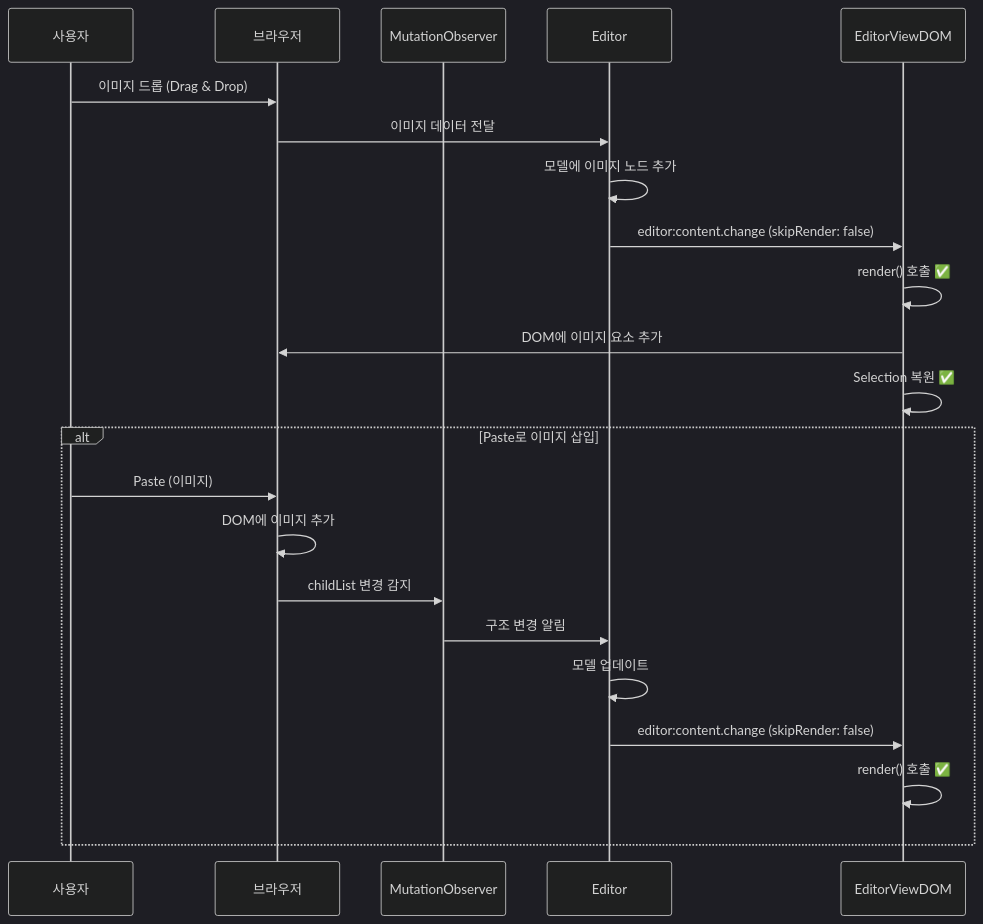
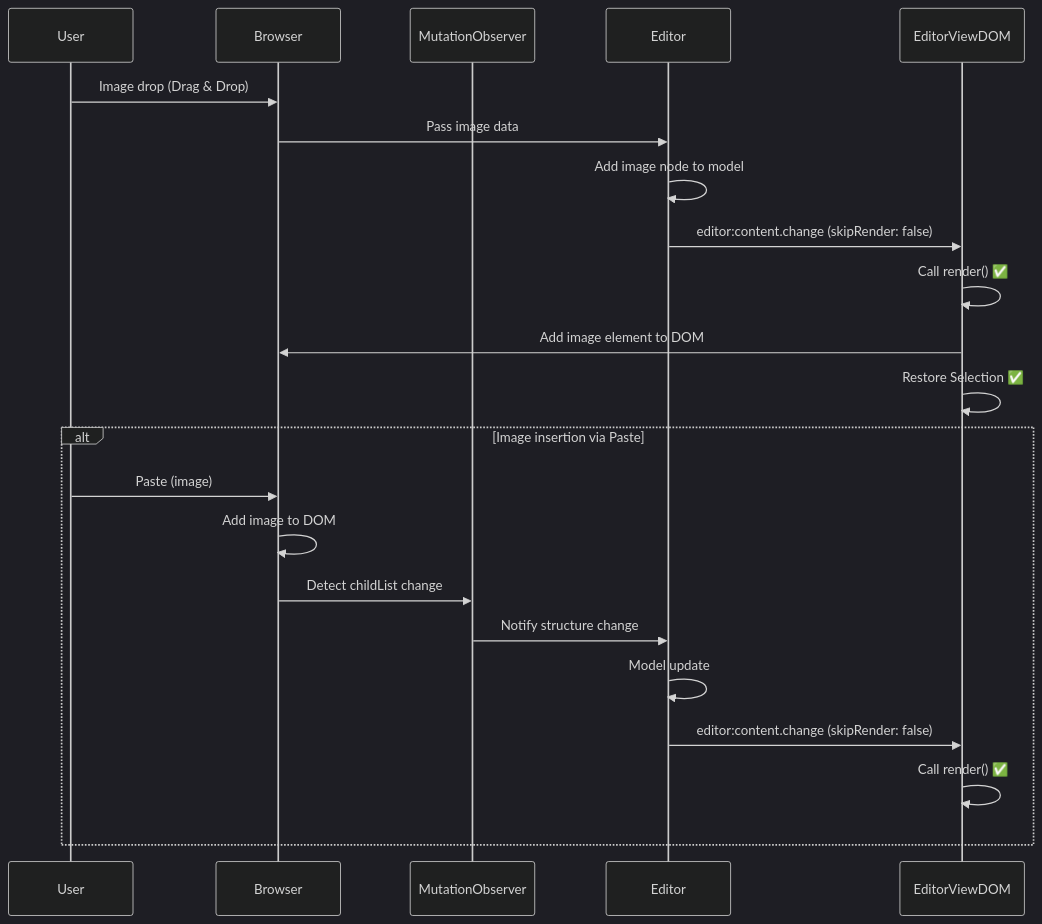
One commit to barocss/barocss-editor changed diagram 11 of 16 in packages/editor-view-dom/docs/plan/input-rendering-race-condition.md. Above: the diagram before and after it, drawn with Mermaid (dark theme). The commit also changed other lines of this file and 43 other files, not shown here.

````diff
--- a/packages/editor-view-dom/docs/plan/input-rendering-race-condition.md
+++ b/packages/editor-view-dom/docs/plan/input-rendering-race-condition.md
@@ -657,26 +657,26 @@
 ```mermaid
 sequenceDiagram
-    participant User as 사용자
-    participant Browser as 브라우저
+    participant User as User
+    participant Browser as Browser
     participant MO as MutationObserver
     participant Editor as Editor
     participant EVD as EditorViewDOM
 
-    User->>Browser: 이미지 드롭 (Drag & Drop)
-    Browser->>Editor: 이미지 데이터 전달
-    Editor->>Editor: 모델에 이미지 노드 추가
+    User->>Browser: Image drop (Drag & Drop)
+    Browser->>Editor: Pass image data
+    Editor->>Editor: Add image node to model
     Editor->>EVD: editor:content.change (skipRender: false)
-    EVD->>EVD: render() 호출 ✅
-    EVD->>Browser: DOM에 이미지 요소 추가
-    EVD->>EVD: Selection 복원 ✅
+    EVD->>EVD: Call render() ✅
+    EVD->>Browser: Add image element to DOM
+    EVD->>EVD: Restore Selection ✅
     
-    alt Paste로 이미지 삽입
-        User->>Browser: Paste (이미지)
-        Browser->>Browser: DOM에 이미지 추가
-        Browser->>MO: childList 변경 감지
-        MO->>Editor: 구조 변경 알림
-        Editor->>Editor: 모델 업데이트
+    alt Image insertion via Paste
+        User->>Browser: Paste (image)
+        Browser->>Browser: Add image to DOM
+        Browser->>MO: Detect childList change
+        MO->>Editor: Notify structure change
+        Editor->>Editor: Model update
         Editor->>EVD: editor:content.change (skipRender: false)
-        EVD->>EVD: render() 호출 ✅
+        EVD->>EVD: Call render() ✅
     end
 ```
````
